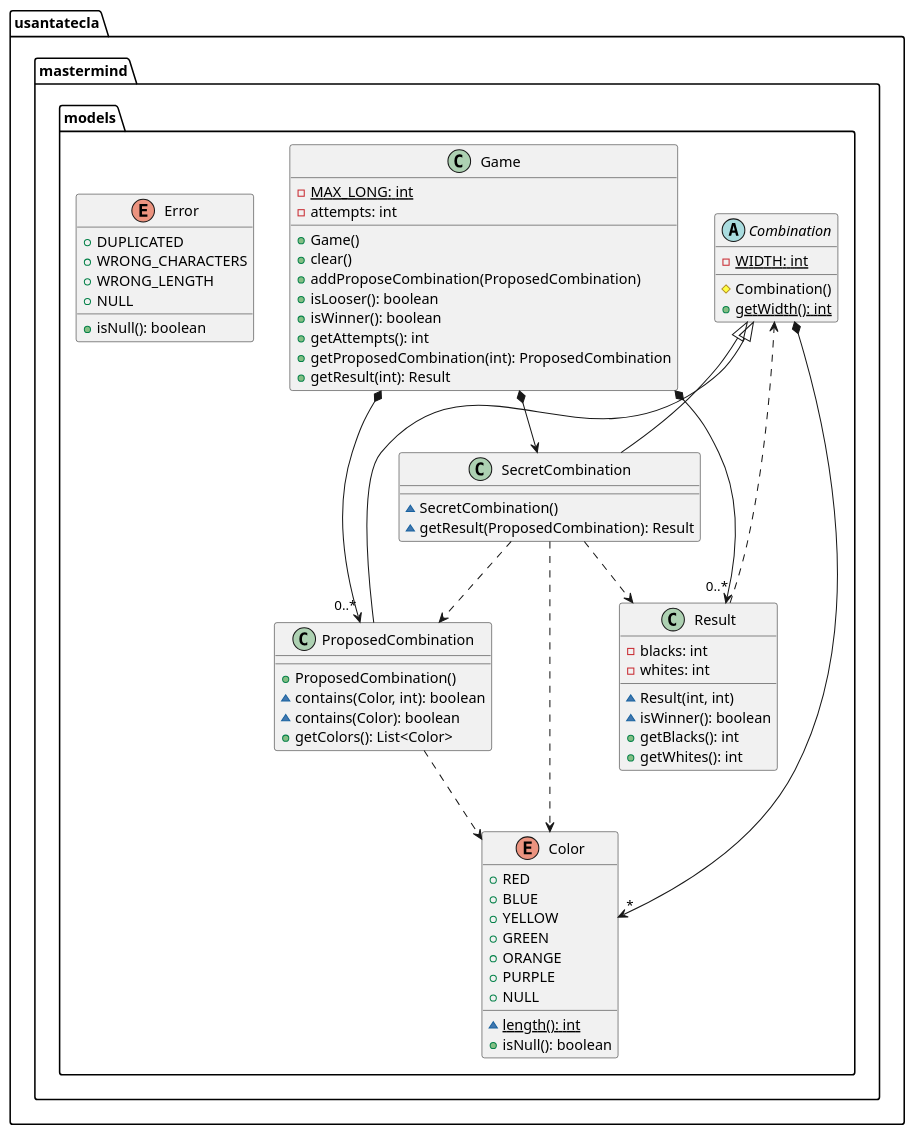
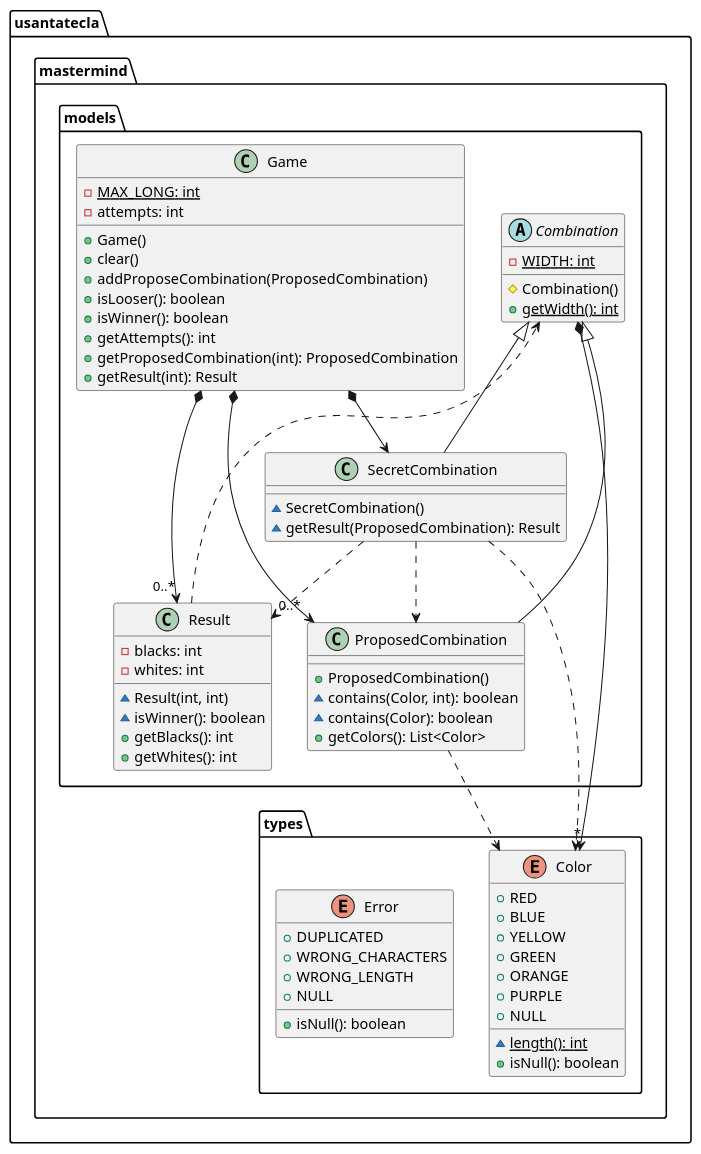
Before and after one commit to SantaTecla-mastermind/solution.java.swing.socket.sql: the fifth of 6 diagrams in documentView/withFactoryMethod/docs/diagrams/src/paquetes.plantuml, drawn with PlantUML. The commit also changed 32 other files, not shown here.

Commit message:
[mvp.pm.basic] Changed Color & Error to types package and added test for Controllers

```diff
--- a/documentView/withFactoryMethod/docs/diagrams/src/paquetes.plantuml
+++ b/documentView/withFactoryMethod/docs/diagrams/src/paquetes.plantuml
@@ -346,74 +346,74 @@
 @startuml usantatecla.mastermind.models
 abstract class usantatecla.mastermind.models.Combination {
 - {static} WIDTH: int
 # Combination()
 + {static} getWidth(): int
 }
-usantatecla.mastermind.models.Combination *-down-> "*" usantatecla.mastermind.models.Color
+usantatecla.mastermind.models.Combination *-down-> "*" usantatecla.mastermind.types.Color
 
 class usantatecla.mastermind.models.Game {
 - {static} MAX_LONG: int
 - attempts: int
 + Game()
 + clear()
 + addProposeCombination(ProposedCombination)
 + isLooser(): boolean
 + isWinner(): boolean
 + getAttempts(): int
 + getProposedCombination(int): ProposedCombination
 + getResult(int): Result
 }
 usantatecla.mastermind.models.Game *-down-> usantatecla.mastermind.models.SecretCombination
 usantatecla.mastermind.models.Game *-down-> "0..*" usantatecla.mastermind.models.Result
 usantatecla.mastermind.models.Game *-down-> "0..*" usantatecla.mastermind.models.ProposedCombination
 
 class usantatecla.mastermind.models.ProposedCombination {
 + ProposedCombination()
 ~ contains(Color, int): boolean
 ~ contains(Color): boolean
 + getColors(): List<Color>
 }
 usantatecla.mastermind.models.Combination <|-down- usantatecla.mastermind.models.ProposedCombination
-usantatecla.mastermind.models.ProposedCombination ..> usantatecla.mastermind.models.Color
+usantatecla.mastermind.models.ProposedCombination ..> usantatecla.mastermind.types.Color
 
 class usantatecla.mastermind.models.SecretCombination {
 ~ SecretCombination()
 ~ getResult(ProposedCombination): Result
 }
 usantatecla.mastermind.models.Combination <|-down- usantatecla.mastermind.models.SecretCombination
 usantatecla.mastermind.models.SecretCombination ..> usantatecla.mastermind.models.Result
 usantatecla.mastermind.models.SecretCombination ..> usantatecla.mastermind.models.ProposedCombination
-usantatecla.mastermind.models.SecretCombination ..> usantatecla.mastermind.models.Color
+usantatecla.mastermind.models.SecretCombination ..> usantatecla.mastermind.types.Color
 
 class usantatecla.mastermind.models.Result {
 - blacks: int
 - whites: int
 ~ Result(int, int)
 ~ isWinner(): boolean
 + getBlacks(): int
 + getWhites(): int
 }
 
 usantatecla.mastermind.models.Result -down..> usantatecla.mastermind.models.Combination
 
-enum usantatecla.mastermind.models.Color {
+enum usantatecla.mastermind.types.Color {
 + RED
 + BLUE
 + YELLOW
 + GREEN
 + ORANGE
 + PURPLE
 + NULL
 ~ {static} length(): int
 + isNull(): boolean
 }
 
-enum usantatecla.mastermind.models.Error {
+enum usantatecla.mastermind.types.Error {
 + DUPLICATED
 + WRONG_CHARACTERS
 + WRONG_LENGTH
 + NULL
 + isNull(): boolean
 }
 
 @enduml
```
